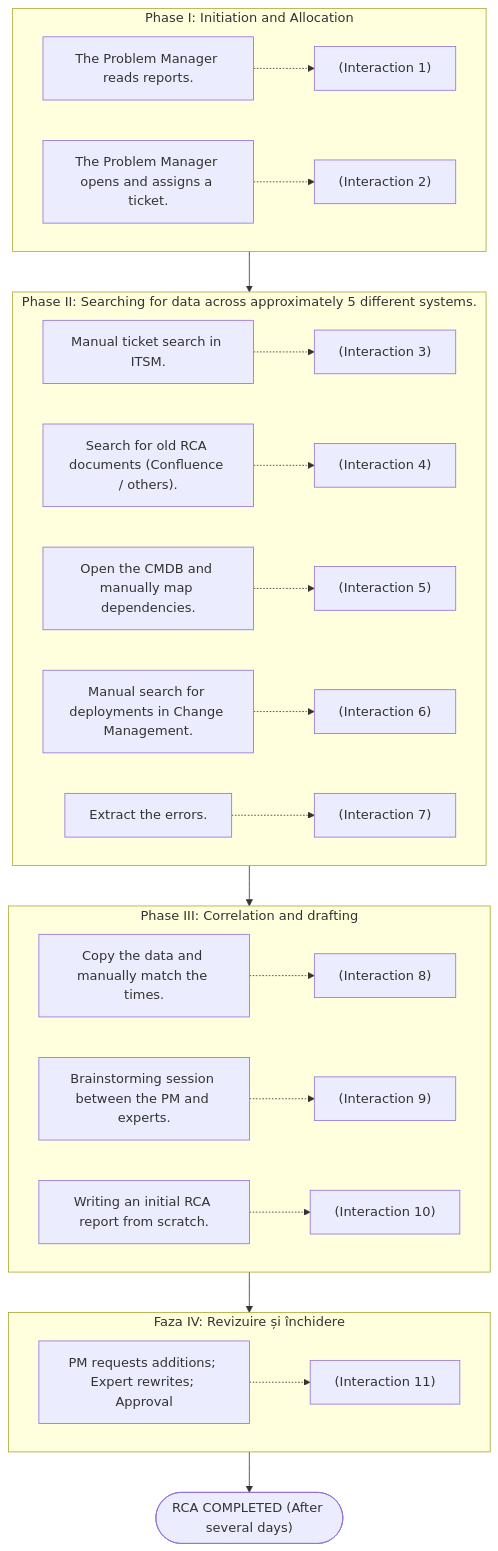
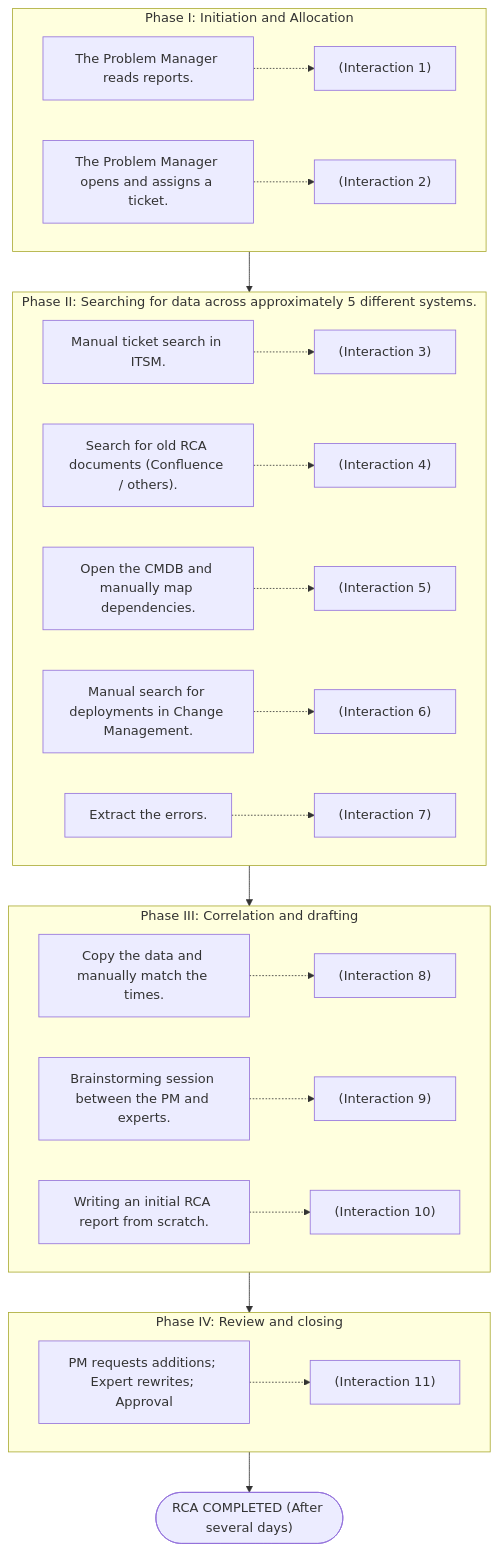
The first of 2 diagrams in docs/KPIS.md (cristivalea/root-cause-analysis), drawn with Mermaid before and after one commit. The commit also changed other lines of this file and 5 other files, not shown here.

````diff
--- a/docs/KPIS.md
+++ b/docs/KPIS.md
@@ -5,27 +5,27 @@
 ```mermaid
 flowchart TD
     subgraph F1["Phase I: Initiation and Allocation"]
         A1["The Problem Manager reads reports."] -.-> I1["(Interaction 1)"]
         A2["The Problem Manager opens and assigns a ticket."] -.-> I2["(Interaction 2)"]
     end
 
     subgraph F2["Phase II: Searching for data across approximately 5 different systems."]
         B1["Manual ticket search in ITSM."] -.-> I3["(Interaction 3)"]
         B2["Search for old RCA documents (Confluence / others)."] -.-> I4["(Interaction 4)"]
         B3["Open the CMDB and manually map dependencies."] -.-> I5["(Interaction 5)"]
         B4["Manual search for deployments in Change Management."] -.-> I6["(Interaction 6)"]
         B5["Extract the errors."] -.-> I7["(Interaction 7)"]
     end
 
     subgraph F3["Phase III: Correlation and drafting"]
         C1["Copy the data and manually match the times."] -.-> I8["(Interaction 8)"]
         C2["Brainstorming session between the PM and experts."] -.-> I9["(Interaction 9)"]
         C3["Writing an initial RCA report from scratch."] -.-> I10["(Interaction 10)"]
     end
 
-    subgraph F4["Faza IV: Revizuire și închidere"]
+    subgraph F4["Phase IV: Review and closing"]
         D1["PM requests additions; Expert rewrites; Approval"] -.-> I11["(Interaction 11)"]
     end
 
     F1 --> F2 --> F3 --> F4 --> EndNode(["RCA COMPLETED (After several days)"])
 ```
````
